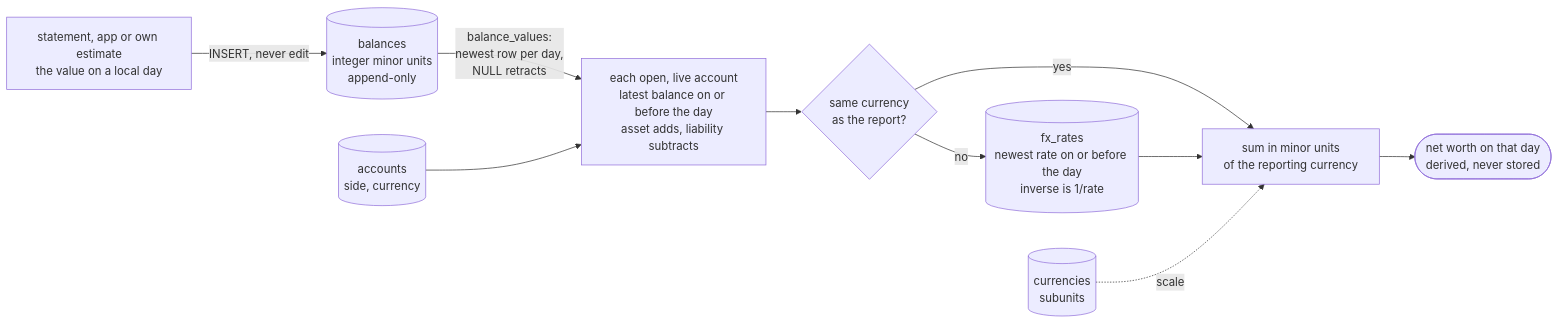
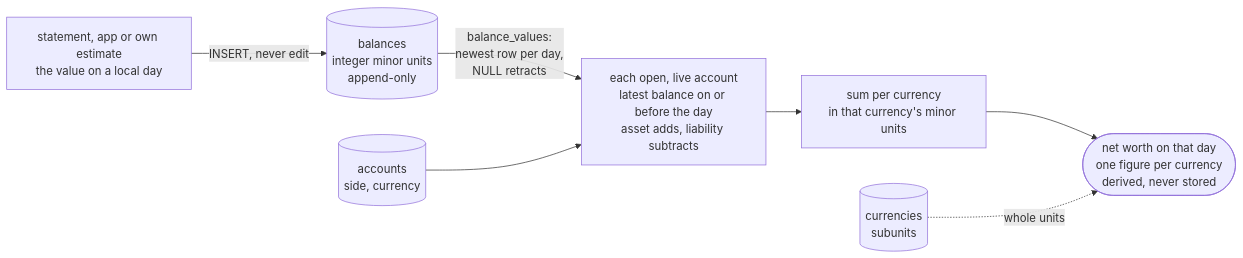
Before and after one commit to alexradunet/lifelogdb: the third of 9 diagrams in SCHEMA.md, drawn with Mermaid. The commit also changed other lines of this file and 13 other files, not shown here.

````diff
--- a/SCHEMA.md
+++ b/SCHEMA.md
@@ -490,12 +491,10 @@
 ```mermaid
 %% diagram: money-flow
 flowchart LR
     stmt["statement, app or own estimate<br/>the value on a local day"] -->|"INSERT, never edit"| bal[("balances<br/>integer minor units<br/>append-only")]
     bal -->|"balance_values:<br/>newest row per day,<br/>NULL retracts"| held["each open, live account<br/>latest balance on or before the day<br/>asset adds, liability subtracts"]
     acc[("accounts<br/>side, currency")] --> held
-    held --> same{"same currency<br/>as the report?"}
-    same -->|"yes"| sum
-    same -->|"no"| fx[("fx_rates<br/>newest rate on or before the day<br/>inverse is 1/rate")] --> sum
-    cur[("currencies<br/>subunits")] -.->|"scale"| sum
-    sum["sum in minor units<br/>of the reporting currency"] --> nw(["net worth on that day<br/>derived, never stored"])
+    held --> sum["sum per currency<br/>in that currency's minor units"]
+    sum --> nw(["net worth on that day<br/>one figure per currency<br/>derived, never stored"])
+    cur[("currencies<br/>subunits")] -.->|"whole units"| nw
 ```
````
